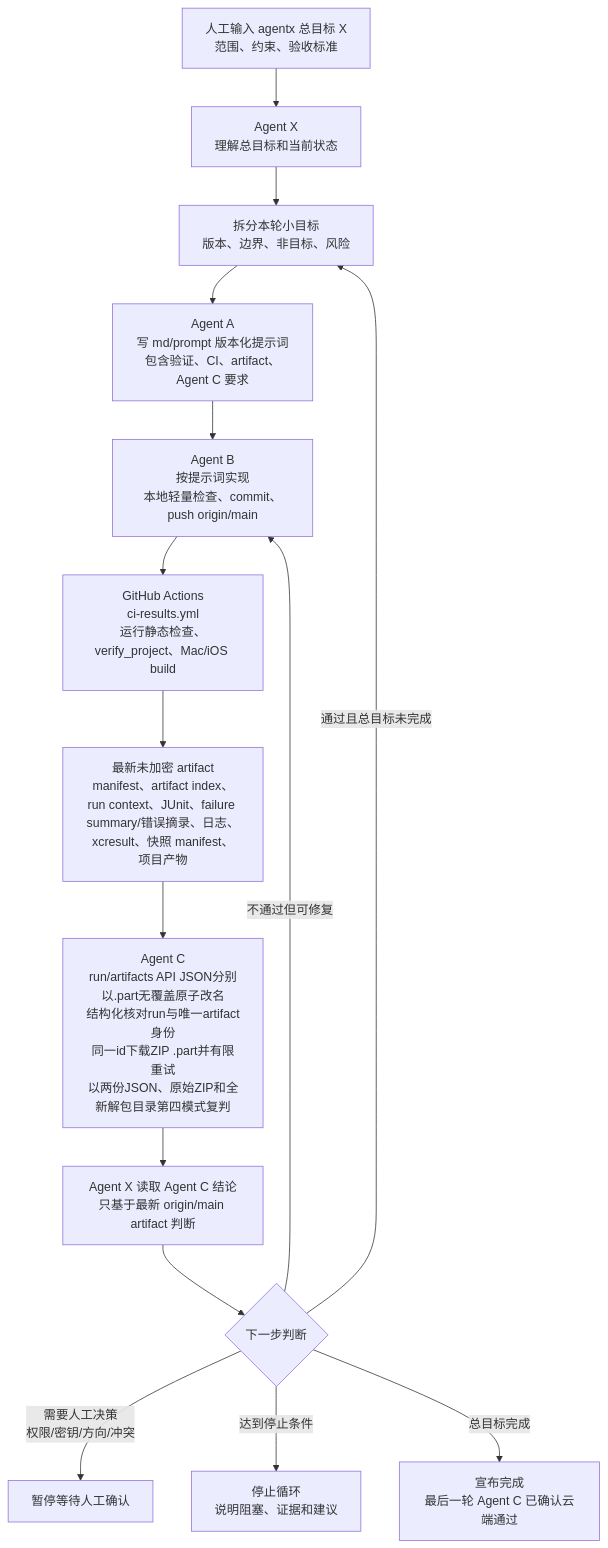
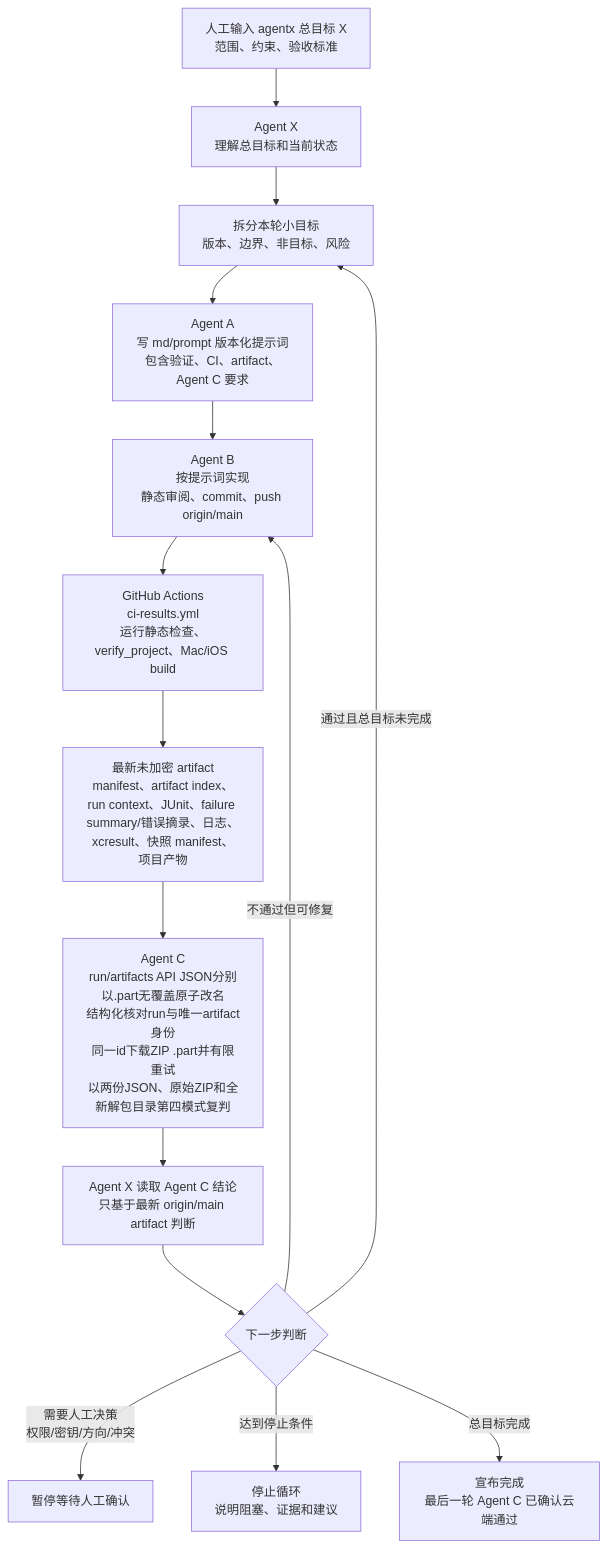
Before and after one commit to Altman-sam114/114: the sixth of 6 diagrams in md/flow/flowchart.md, drawn with Mermaid. The commit also changed other lines of this file and 16 other files, not shown here.

````diff
--- a/md/flow/flowchart.md
+++ b/md/flow/flowchart.md
@@ -166,17 +166,17 @@
 ```mermaid
 flowchart TD
   H["人工输入 agentx 总目标 X<br/>范围、约束、验收标准"] --> X0["Agent X<br/>理解总目标和当前状态"]
   X0 --> X1["拆分本轮小目标<br/>版本、边界、非目标、风险"]
   X1 --> A["Agent A<br/>写 md/prompt 版本化提示词<br/>包含验证、CI、artifact、Agent C 要求"]
-  A --> B["Agent B<br/>按提示词实现<br/>本地轻量检查、commit、push origin/main"]
+  A --> B["Agent B<br/>按提示词实现<br/>静态审阅、commit、push origin/main"]
   B --> CI["GitHub Actions<br/>ci-results.yml<br/>运行静态检查、verify_project、Mac/iOS build"]
   CI --> ART["最新未加密 artifact<br/>manifest、artifact index、run context、JUnit、failure summary/错误摘录、日志、xcresult、快照 manifest、项目产物"]
   ART --> C["Agent C<br/>run/artifacts API JSON分别以.part无覆盖原子改名<br/>结构化核对run与唯一artifact身份<br/>同一id下载ZIP .part并有限重试<br/>以两份JSON、原始ZIP和全新解包目录第四模式复判"]
   C --> X2["Agent X 读取 Agent C 结论<br/>只基于最新 origin/main artifact 判断"]
   X2 --> D{"下一步判断"}
   D -->|通过且总目标未完成| X1
   D -->|不通过但可修复| B
   D -->|需要人工决策<br/>权限/密钥/方向/冲突| P["暂停等待人工确认"]
   D -->|达到停止条件| S["停止循环<br/>说明阻塞、证据和建议"]
   D -->|总目标完成| DONE["宣布完成<br/>最后一轮 Agent C 已确认云端通过"]
 ```
````
